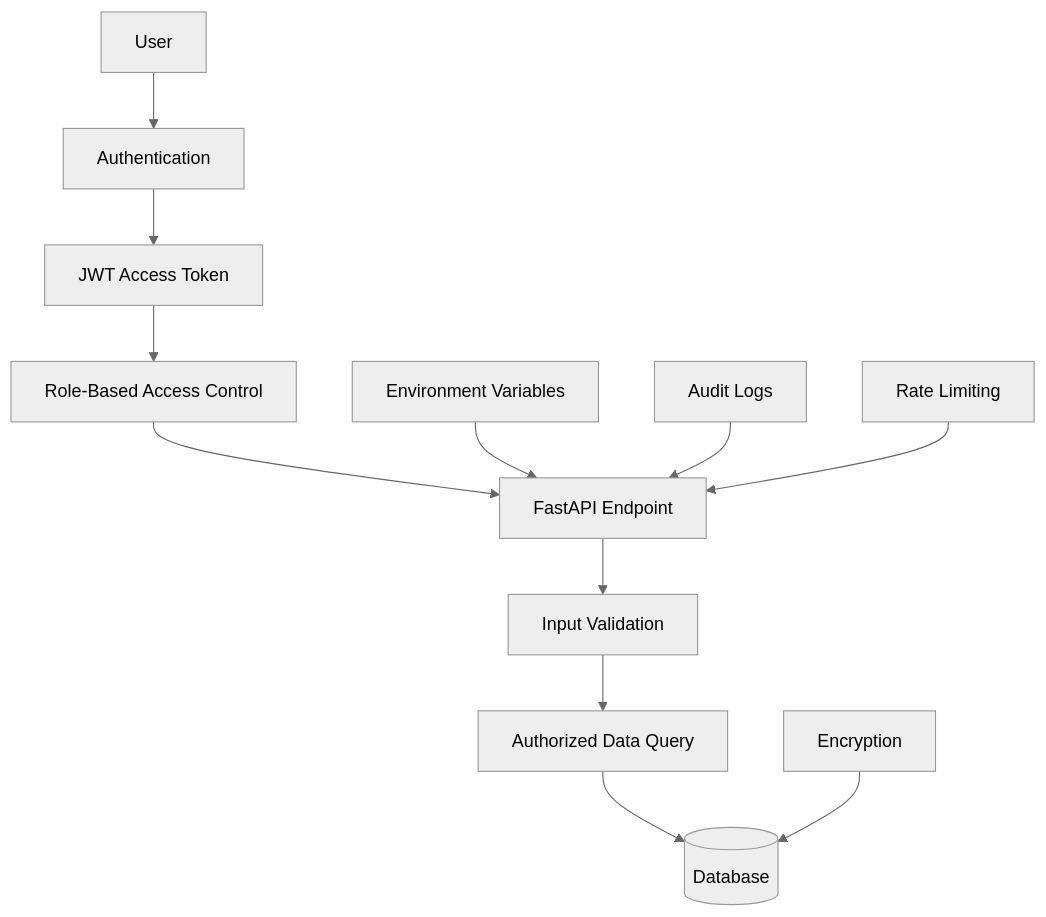
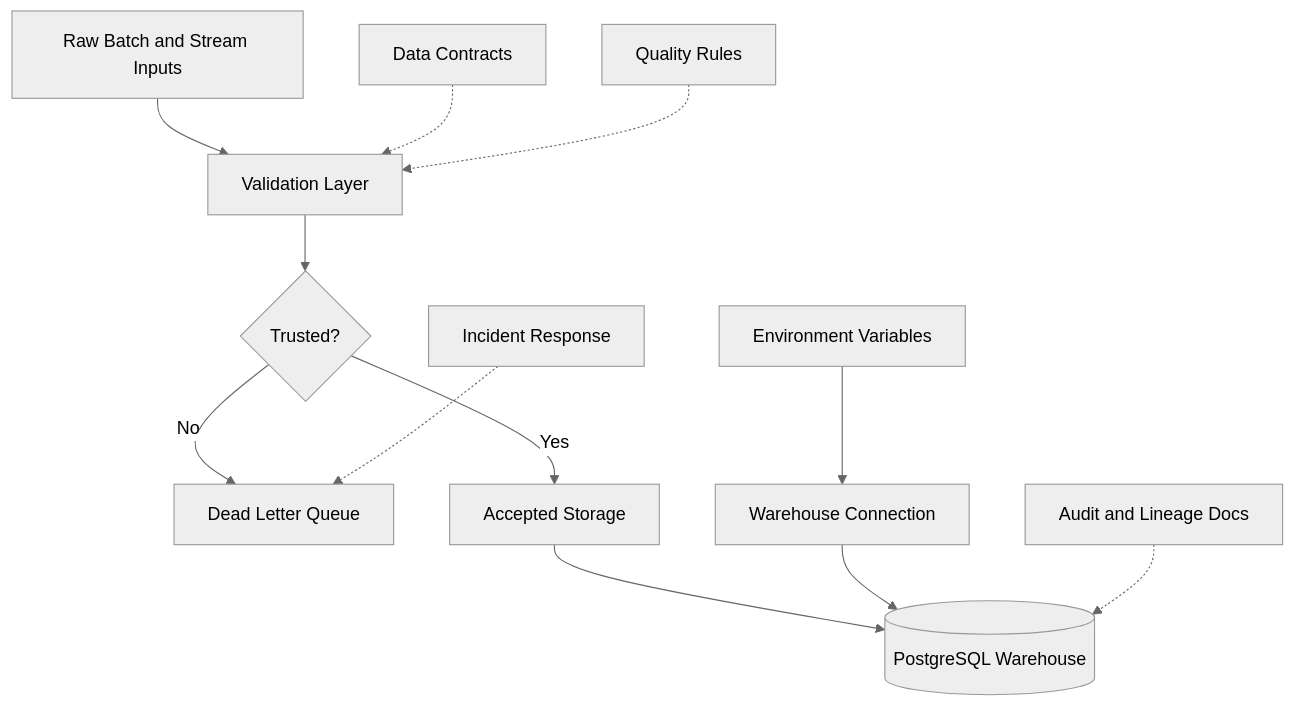
Before and after one commit to DevDataMLOps/Project-Rising: the diagram in docs/architecture/04_security_architecture.md, drawn with Mermaid (neutral theme). The commit also changed other lines of this file and 4 other files, not shown here.

Commit message:
Align architecture docs with resilient data pipeline

````diff
--- a/docs/architecture/04_security_architecture.md
+++ b/docs/architecture/04_security_architecture.md
@@ -10,15 +13,16 @@
 ```mermaid
 flowchart TD
-    A[User] --> B[Authentication]
-    B --> C[JWT Access Token]
-    C --> D[Role-Based Access Control]
-    D --> E[FastAPI Endpoint]
-    E --> F[Input Validation]
-    F --> G[Authorized Data Query]
-    G --> H[(Database)]
+    A[Raw Batch and Stream Inputs] --> B[Validation Layer]
+    B --> C{Trusted?}
+    C -->|No| D[Dead Letter Queue]
+    C -->|Yes| E[Accepted Storage]
+    E --> F[(PostgreSQL Warehouse)]
 
-    I[Environment Variables] --> E
-    J[Audit Logs] --> E
-    K[Rate Limiting] --> E
-    L[Encryption] --> H
+    G[Environment Variables] --> H[Warehouse Connection]
+    H --> F
+
+    I[Data Contracts] -.-> B
+    J[Quality Rules] -.-> B
+    K[Audit and Lineage Docs] -.-> F
+    L[Incident Response] -.-> D
 ```
````
